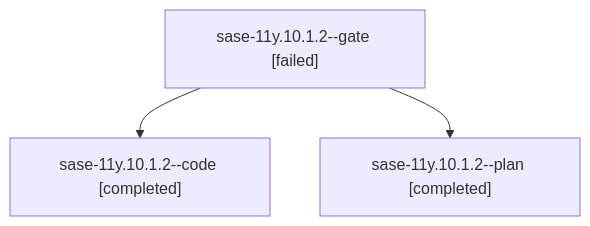
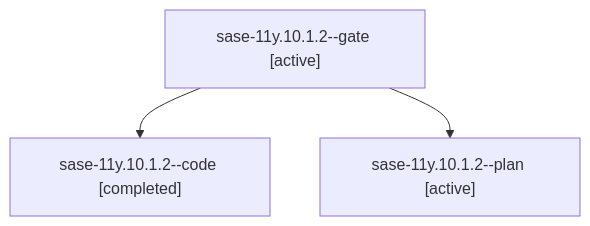
The diagram in families/bbugyi200.athena.sase-11y.10.1.2.md (sase-org/sase--agents), drawn with Mermaid before and after one commit. The commit also changed other lines of this file and 35830 other files, not shown here.

````diff
--- a/families/bbugyi200.athena.sase-11y.10.1.2.md
+++ b/families/bbugyi200.athena.sase-11y.10.1.2.md
@@ -9,8 +9,8 @@
 ```mermaid
 flowchart TD
-  n0["sase-11y.10.1.2--gate [failed]"]
+  n0["sase-11y.10.1.2--gate [active]"]
   n1["sase-11y.10.1.2--code [completed]"]
   n0 --> n1
-  n2["sase-11y.10.1.2--plan [completed]"]
+  n2["sase-11y.10.1.2--plan [active]"]
   n0 --> n2
 ```
````
